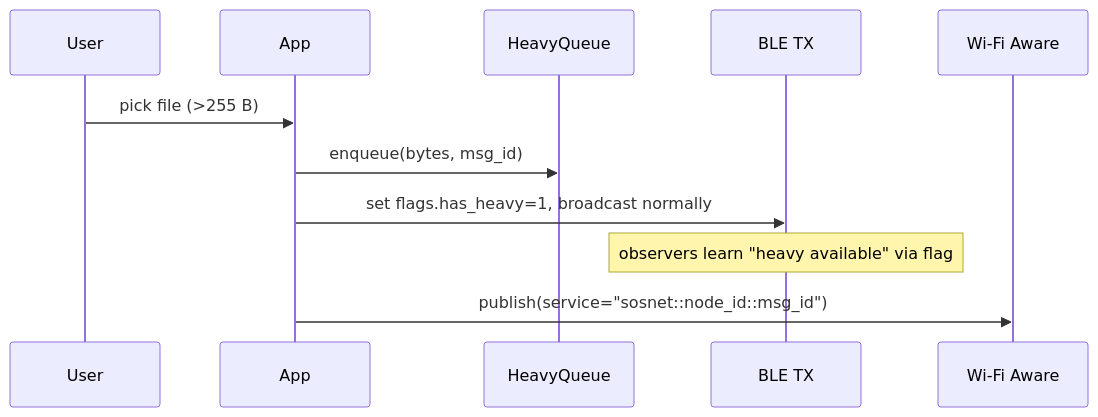
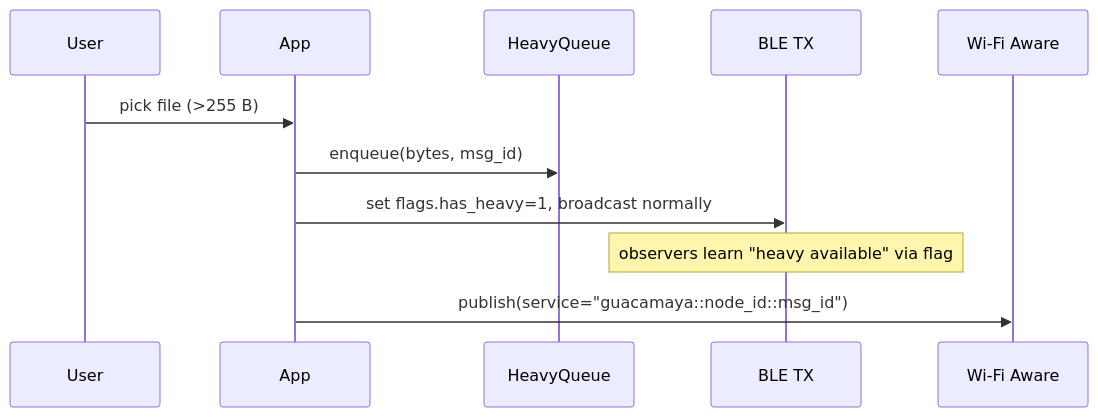
Before and after one commit to vmlcode/guacamaya-net: the fourth of 6 diagrams in android/docs/protocol-flows.md, drawn with Mermaid. The commit also changed other lines of this file and 91 other files, not shown here.

````diff
--- a/android/docs/protocol-flows.md
+++ b/android/docs/protocol-flows.md
@@ -127,13 +127,13 @@
 ```mermaid
 sequenceDiagram
   participant U as User
   participant App as App
   participant Q as HeavyQueue
   participant BLE as BLE TX
   participant NAN as Wi-Fi Aware
   U->>App: pick file (>255 B)
   App->>Q: enqueue(bytes, msg_id)
   App->>BLE: set flags.has_heavy=1, broadcast normally
   note over BLE: observers learn "heavy available" via flag
-  App->>NAN: publish(service="sosnet::node_id::msg_id")
+  App->>NAN: publish(service="guacamaya::node_id::msg_id")
 ```
````
